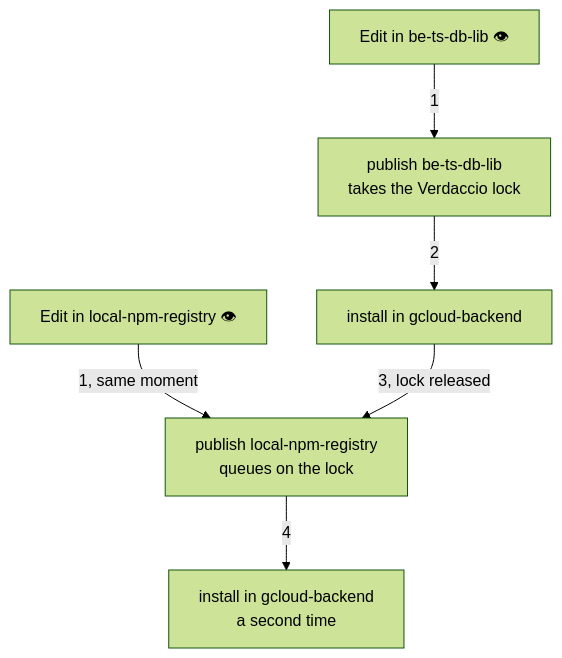
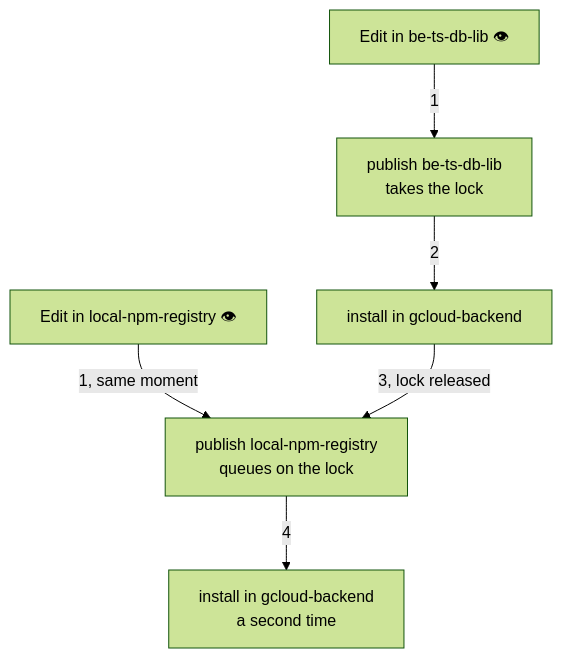
Before and after one commit to aneuhold/ts-libs: the second of 6 diagrams in docs/local-npm-registry-scenarios.md, drawn with Mermaid (forest theme). The commit also changed other lines of this file and 8 other files, not shown here.

````diff
--- a/docs/local-npm-registry-scenarios.md
+++ b/docs/local-npm-registry-scenarios.md
@@ -58,15 +59,15 @@
 ```mermaid
 flowchart TD
     E1["Edit in be-ts-db-lib 👁"]
     E2["Edit in local-npm-registry 👁"]
-    P1["publish be-ts-db-lib<br/>takes the Verdaccio lock"]
+    P1["publish be-ts-db-lib<br/>takes the lock"]
     P2["publish local-npm-registry<br/>queues on the lock"]
     I1["install in gcloud-backend"]
     I2["install in gcloud-backend<br/>a second time"]
 
     E1 -->|"1"| P1
     E2 -->|"1, same moment"| P2
     P1 -->|2| I1
     I1 -->|"3, lock released"| P2
     P2 -->|4| I2
 ```
````
